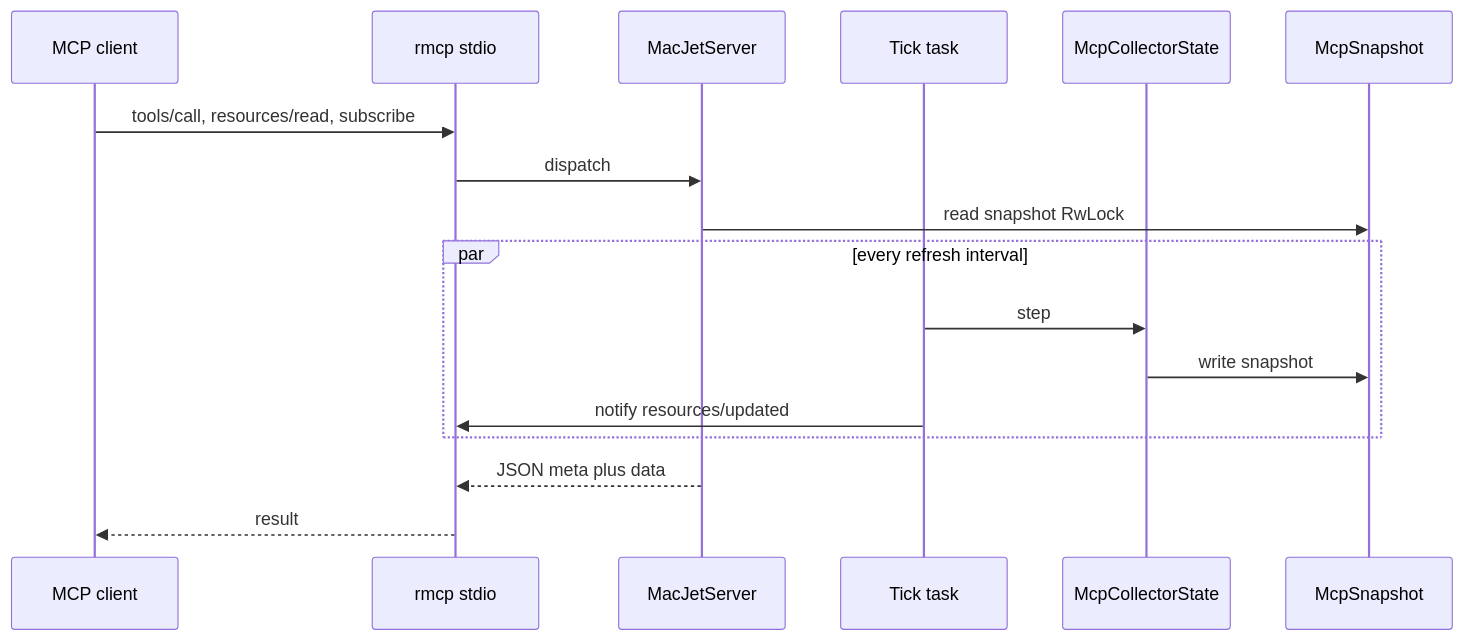
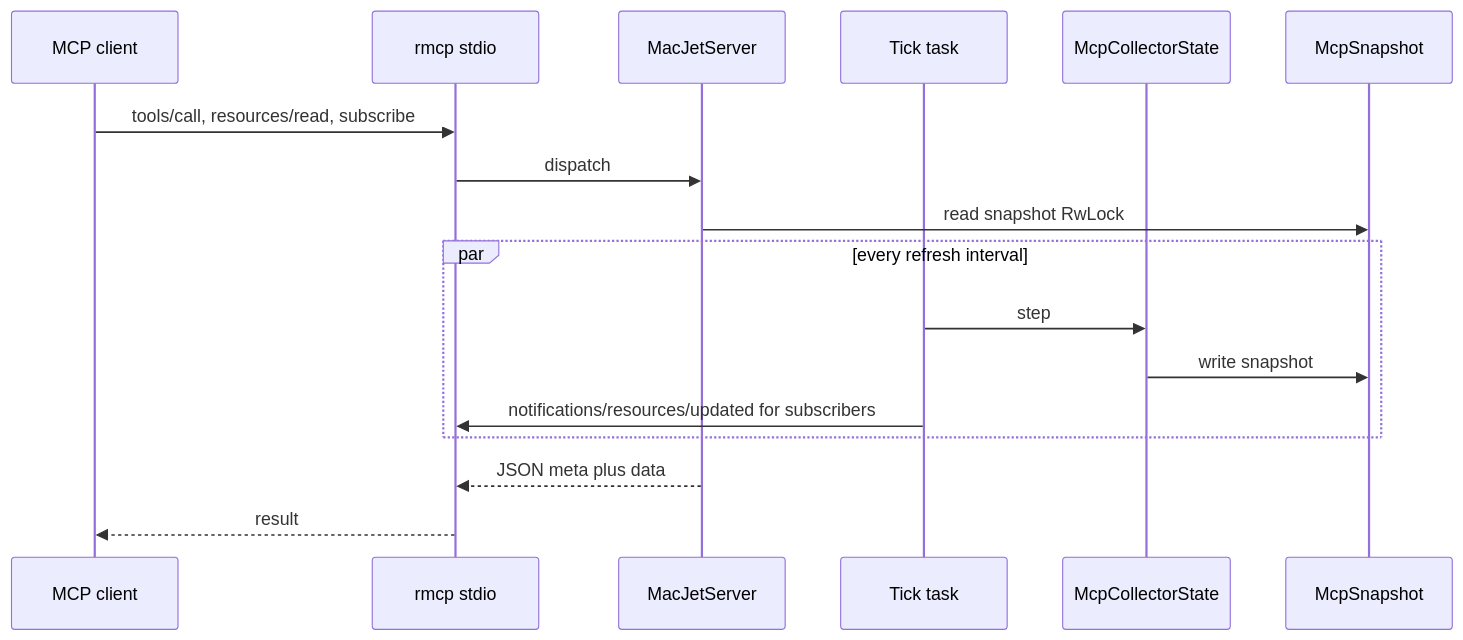
One commit to jeppsontaylor/MacJet changed the second of 2 diagrams in docs/architecture.md. Above: the diagram before and after it, drawn with Mermaid. The commit also changed other lines of this file and 1 other file, not shown here.

Commit message:
docs(mcp): source map, protocol gaps, sequence diagram note
- Document intentional non-support for sampling, tasks, and roots in MCP
- Add Rust module table linking server/runtime/snapshot/resources/models/safety/cache/elicit
- Clarify elicitation scope (kill_process only) and audit cross-links
- Tweak architecture sequence diagram notification label; note elicitation in kill path

Tests: cargo test (81), cargo clippy --all-targets
Made-with: Cursor

````diff
--- a/docs/architecture.md
+++ b/docs/architecture.md
@@ -51,19 +51,19 @@
 ```mermaid
 sequenceDiagram
   participant C as MCP client
   participant R as rmcp stdio
   participant S as MacJetServer
   participant L as Tick task
   participant M as McpCollectorState
   participant K as McpSnapshot
   C->>R: tools/call, resources/read, subscribe
   R->>S: dispatch
   S->>K: read snapshot RwLock
   par every refresh interval
     L->>M: step
     M->>K: write snapshot
-    L->>R: notify resources/updated
+    L->>R: notifications/resources/updated for subscribers
   end
   S-->>R: JSON meta plus data
   R-->>C: result
 ```
````
